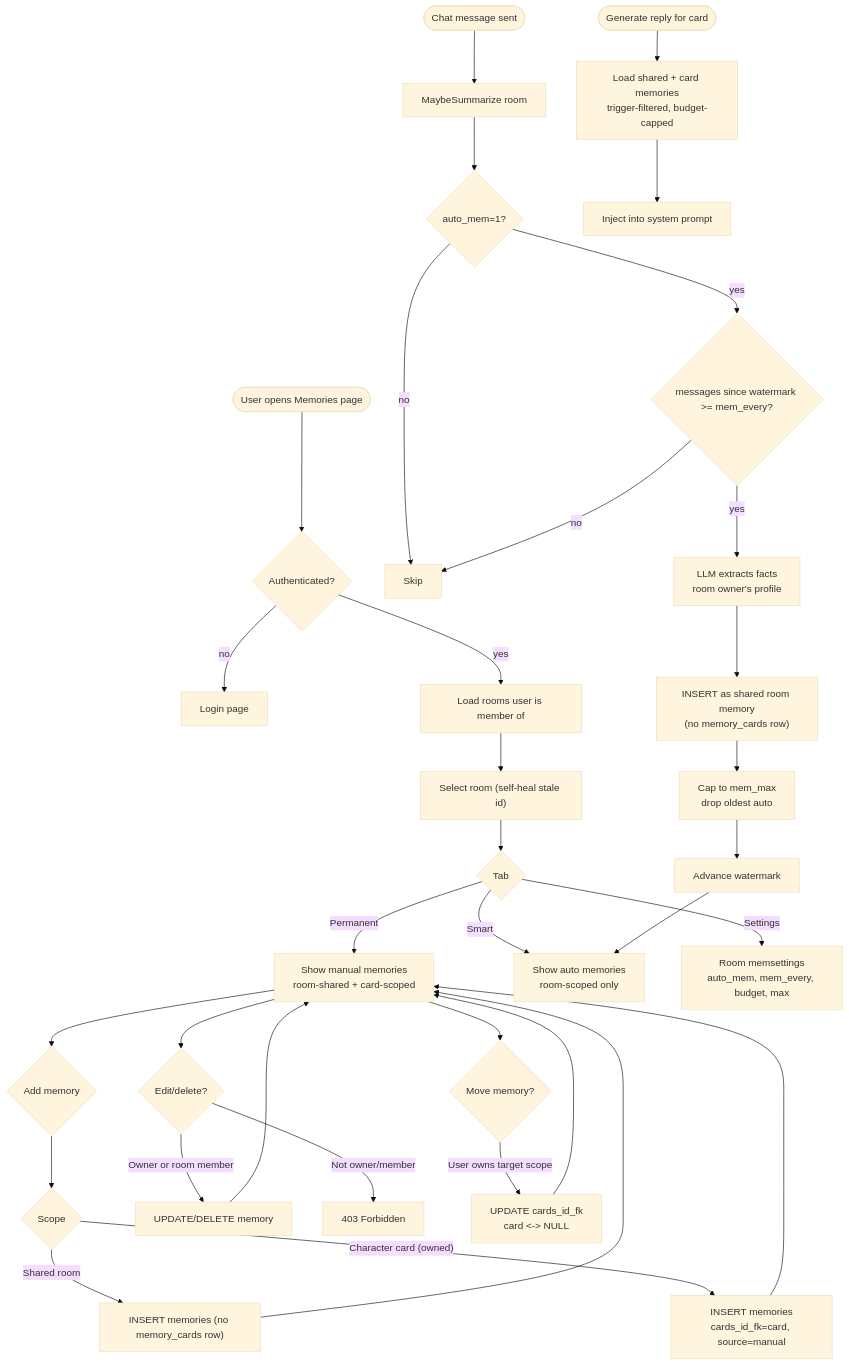
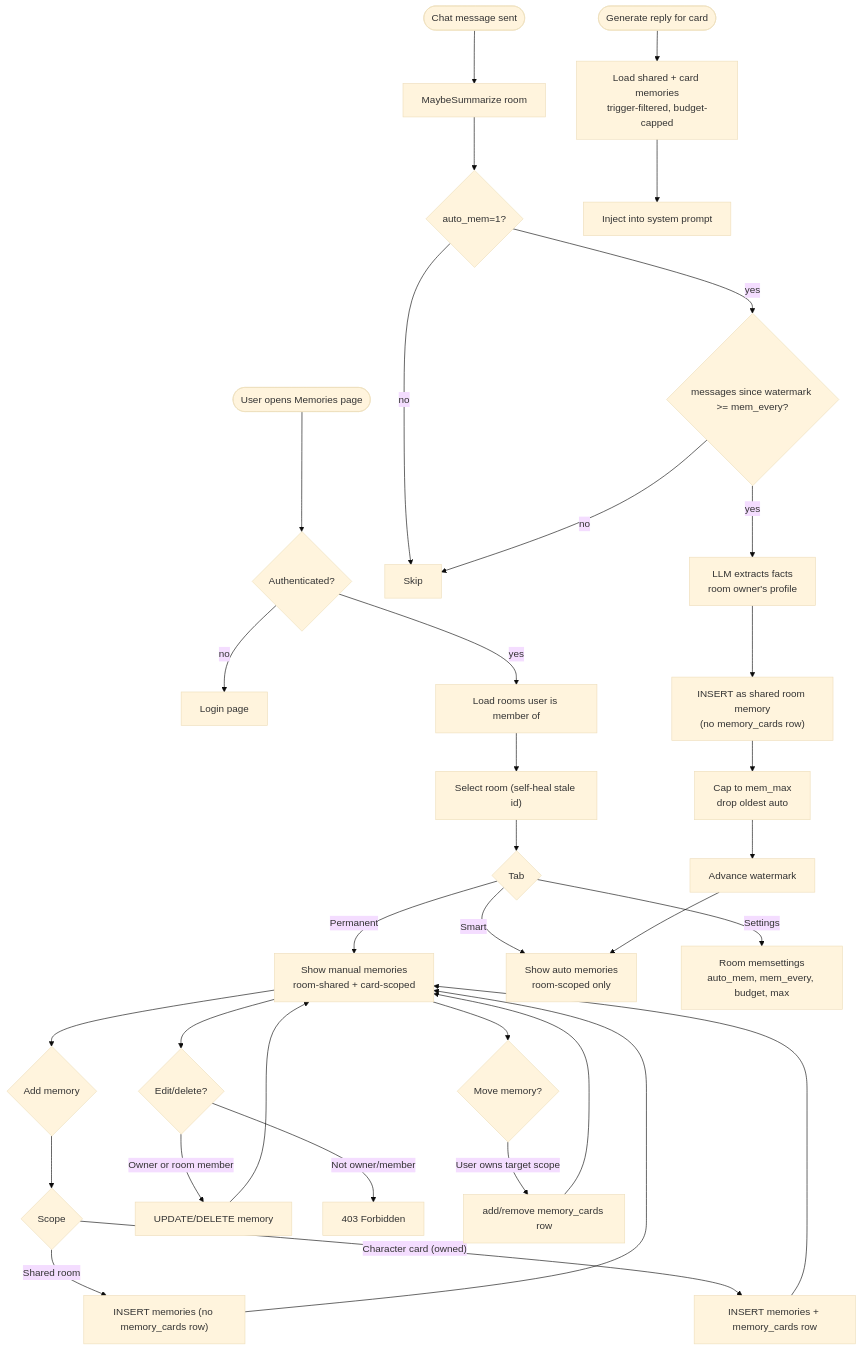
One commit to XanthiaJo/BOLLOCKS changed the diagram in docs/memories.md. Above: the diagram before and after it, drawn with Mermaid (base theme). The commit also changed other lines of this file and 3 other files, not shown here.

Commit message:
refactor(memories): standalone memories with room/card junctions; origin column

````diff
--- a/docs/memories.md
+++ b/docs/memories.md
@@ -67,47 +71,47 @@
 ```mermaid
 flowchart TD
     Start([User opens Memories page]) --> Auth{Authenticated?}
     Auth -- no --> Login[Login page]
     Auth -- yes --> LoadRooms[Load rooms user is member of]
     LoadRooms --> SelectRoom["Select room (self-heal stale id)"]
     SelectRoom --> Tabs{Tab}
 
     Tabs -->|Permanent| PermList["Show manual memories<br/>room-shared + card-scoped"]
     Tabs -->|Smart| SmartList["Show auto memories<br/>room-scoped only"]
     Tabs -->|Settings| Settings["Room memsettings<br/>auto_mem, mem_every, budget, max"]
 
     %% Permanent creation
     PermList --> AddMem{Add memory}
     AddMem --> Scope{Scope}
     Scope -->|Shared room| InsShared["INSERT memories (no memory_cards row)"]
-    Scope -->|"Character card (owned)"| InsCard["INSERT memories<br/>cards_id_fk=card, source=manual"]
+    Scope -->|"Character card (owned)"| InsCard["INSERT memories + memory_cards row"]
     InsShared --> PermList
     InsCard --> PermList
 
     %% Permanent editing
     PermList --> Edit{Edit/delete?}
     Edit -->|Owner or room member| Update["UPDATE/DELETE memory"]
     Edit -->|Not owner/member| Deny["403 Forbidden"]
     Update --> PermList
 
     %% Smart extraction
     Chat([Chat message sent]) --> MaybeSum["MaybeSummarize room"]
     MaybeSum --> CheckAuto{auto_mem=1?}
     CheckAuto -- no --> Skip[Skip]
     CheckAuto -- yes --> CheckInterval{"messages since watermark >= mem_every?"}
     CheckInterval -- no --> Skip
     CheckInterval -- yes --> Extract["LLM extracts facts<br/>room owner's profile"]
     Extract --> StoreShared["INSERT as shared room memory<br/>(no memory_cards row)"]
     StoreShared --> Cap["Cap to mem_max<br/>drop oldest auto"]
     Cap --> Watermark[Advance watermark]
     Watermark --> SmartList
 
     %% Injection
     Gen([Generate reply for card]) --> Inject["Load shared + card memories<br/>trigger-filtered, budget-capped"]
     Inject --> Prompt["Inject into system prompt"]
 
     %% Move
     PermList --> Move{Move memory?}
-    Move -->|User owns target scope| MoveMem["UPDATE cards_id_fk<br/>card <-> NULL"]
+    Move -->|User owns target scope| MoveMem["add/remove memory_cards row"]
     MoveMem --> PermList
 ```
````
